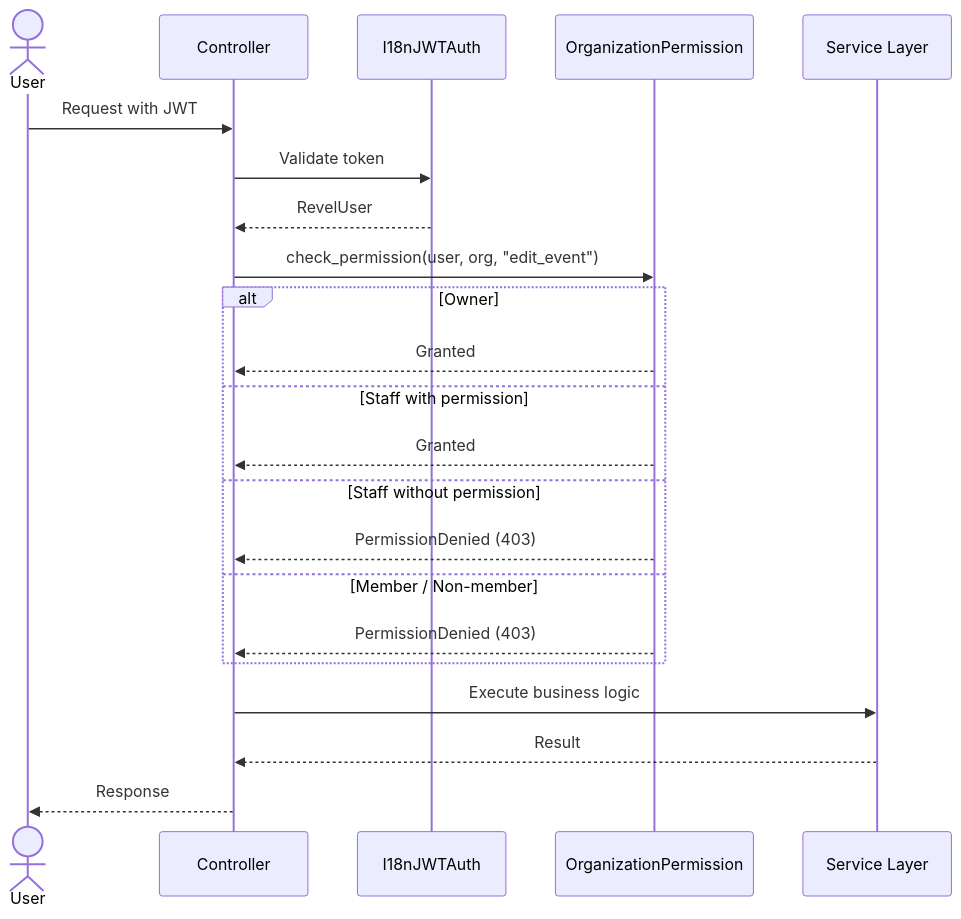
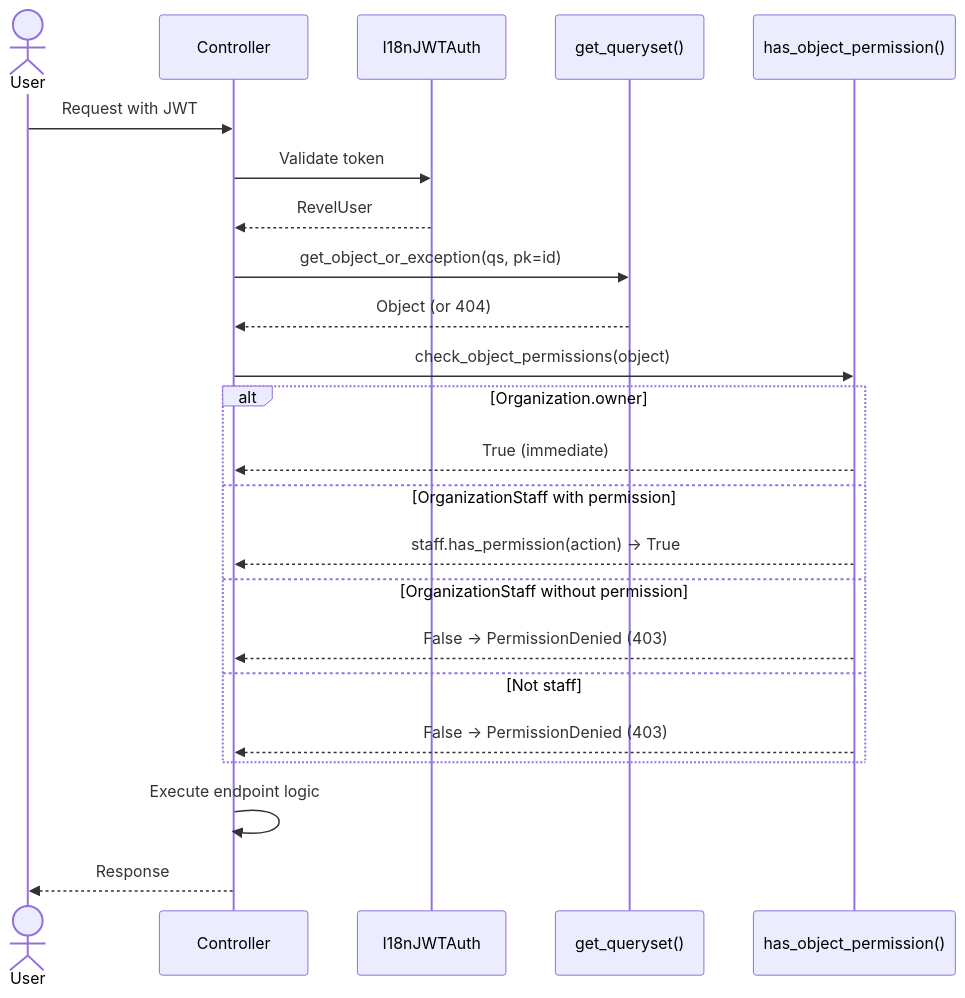
Before and after one commit to letsrevel/revel-backend: the second of 2 diagrams in docs/architecture/permissions.md, drawn with Mermaid. The commit also changed other lines of this file and 38 other files, not shown here.

````diff
--- a/docs/architecture/permissions.md
+++ b/docs/architecture/permissions.md
@@ -169,27 +328,30 @@
 ```mermaid
 sequenceDiagram
     actor User
-    participant API as Controller
+    participant Controller
     participant Auth as I18nJWTAuth
-    participant Perm as OrganizationPermission
-    participant Svc as Service Layer
+    participant QS as get_queryset()
+    participant Perm as has_object_permission()
 
-    User->>API: Request with JWT
-    API->>Auth: Validate token
-    Auth-->>API: RevelUser
+    User->>Controller: Request with JWT
+    Controller->>Auth: Validate token
+    Auth-->>Controller: RevelUser
 
-    API->>Perm: check_permission(user, org, "edit_event")
-    alt Owner
-        Perm-->>API: Granted
-    else Staff with permission
-        Perm-->>API: Granted
-    else Staff without permission
-        Perm-->>API: PermissionDenied (403)
-    else Member / Non-member
-        Perm-->>API: PermissionDenied (403)
+    Controller->>QS: get_object_or_exception(qs, pk=id)
+    QS-->>Controller: Object (or 404)
+
+    Controller->>Perm: check_object_permissions(object)
+
+    alt Organization.owner
+        Perm-->>Controller: True (immediate)
+    else OrganizationStaff with permission
+        Perm-->>Controller: staff.has_permission(action) -> True
+    else OrganizationStaff without permission
+        Perm-->>Controller: False -> PermissionDenied (403)
+    else Not staff
+        Perm-->>Controller: False -> PermissionDenied (403)
     end
 
-    API->>Svc: Execute business logic
-    Svc-->>API: Result
-    API-->>User: Response
+    Controller->>Controller: Execute endpoint logic
+    Controller-->>User: Response
 ```
````
